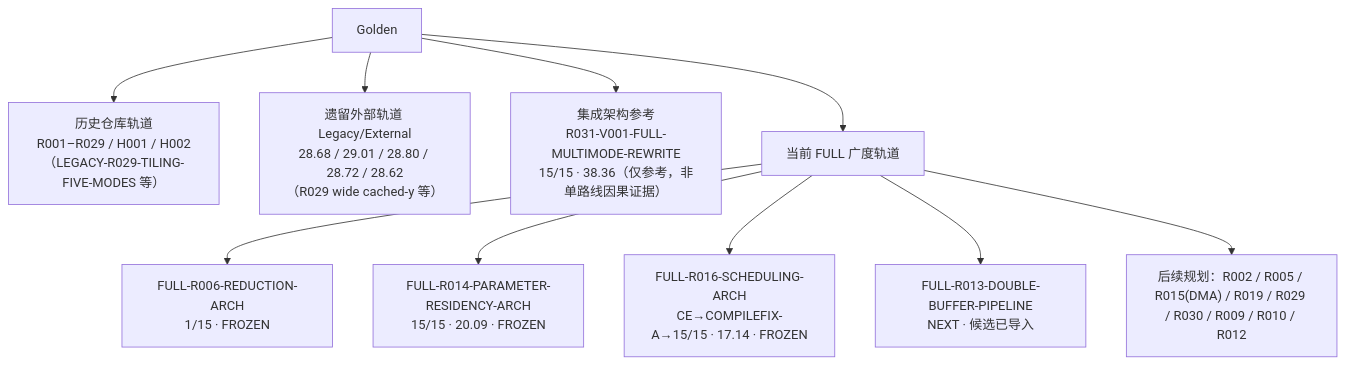
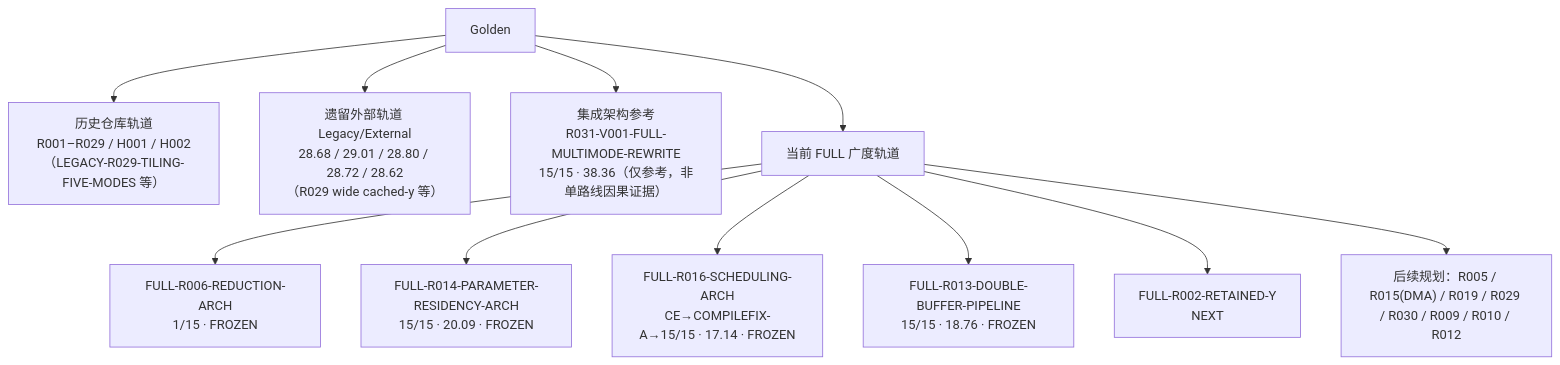
Before and after one commit to sxyq/CANN: the diagram in 文档/当前状态.md, drawn with Mermaid. The commit also changed other lines of this file and 14 other files, not shown here.

````diff
--- a/文档/当前状态.md
+++ b/文档/当前状态.md
@@ -56,13 +56,14 @@
 ```mermaid
 flowchart TD
     G["Golden"]
     G --> H["历史仓库轨道<br/>R001–R029 / H001 / H002<br/>（LEGACY-R029-TILING-FIVE-MODES 等）"]
     G --> L["遗留外部轨道 Legacy/External<br/>28.68 / 29.01 / 28.80 / 28.72 / 28.62<br/>（R029 wide cached-y 等）"]
     G --> R["集成架构参考<br/>R031-V001-FULL-MULTIMODE-REWRITE<br/>15/15 · 38.36（仅参考，非单路线因果证据）"]
     G --> F["当前 FULL 广度轨道"]
     F --> F6["FULL-R006-REDUCTION-ARCH<br/>1/15 · FROZEN"]
     F --> F14["FULL-R014-PARAMETER-RESIDENCY-ARCH<br/>15/15 · 20.09 · FROZEN"]
     F --> F16["FULL-R016-SCHEDULING-ARCH<br/>CE→COMPILEFIX-A→15/15 · 17.14 · FROZEN"]
-    F --> F13["FULL-R013-DOUBLE-BUFFER-PIPELINE<br/>NEXT · 候选已导入"]
-    F --> FP["后续规划：R002 / R005 / R015(DMA) / R019 / R029 / R030 / R009 / R010 / R012"]
+    F --> F13["FULL-R013-DOUBLE-BUFFER-PIPELINE<br/>15/15 · 18.76 · FROZEN"]
+    F --> F2["FULL-R002-RETAINED-Y<br/>NEXT"]
+    F --> FP["后续规划：R005 / R015(DMA) / R019 / R029 / R030 / R009 / R010 / R012"]
 ```
````
